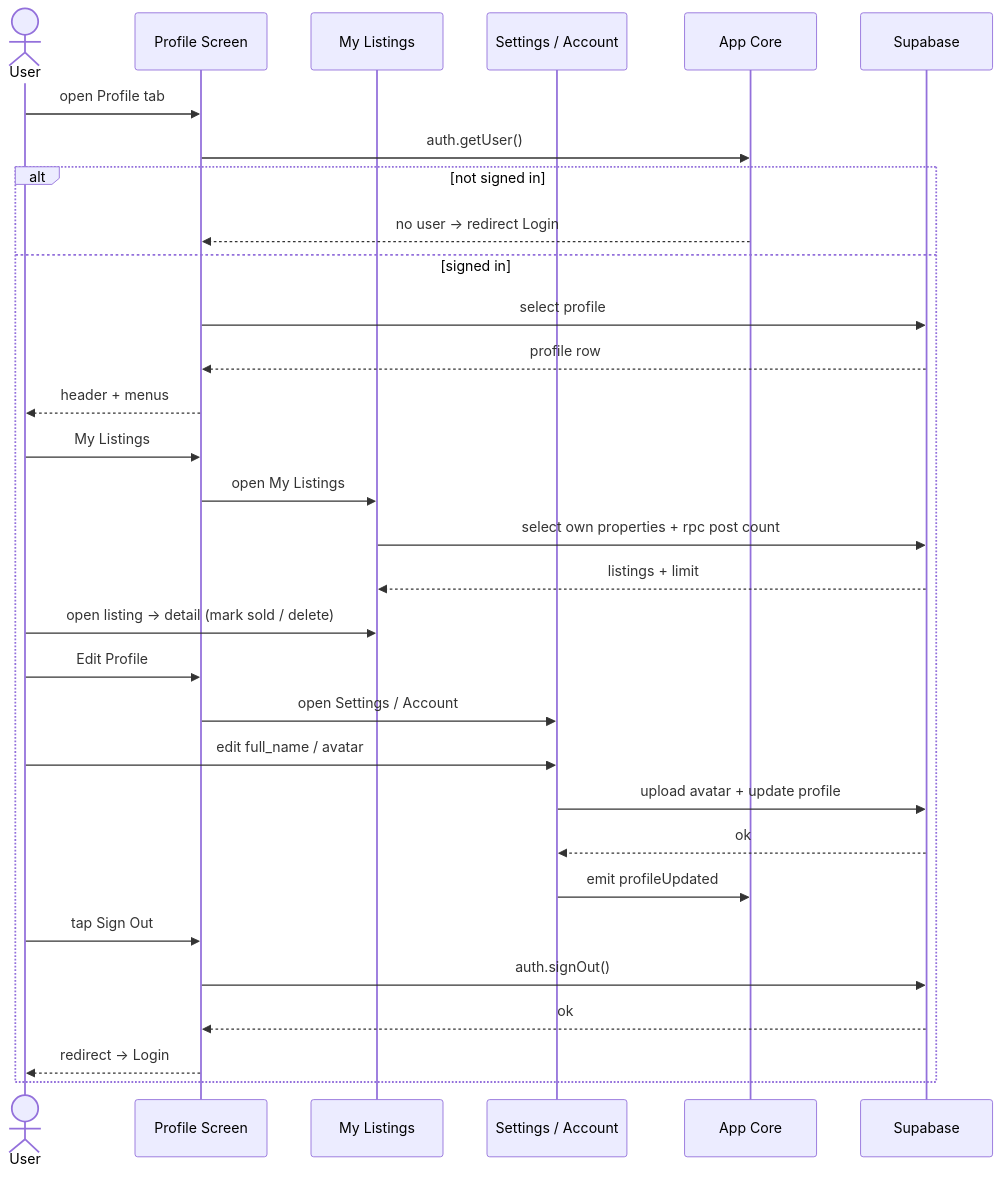
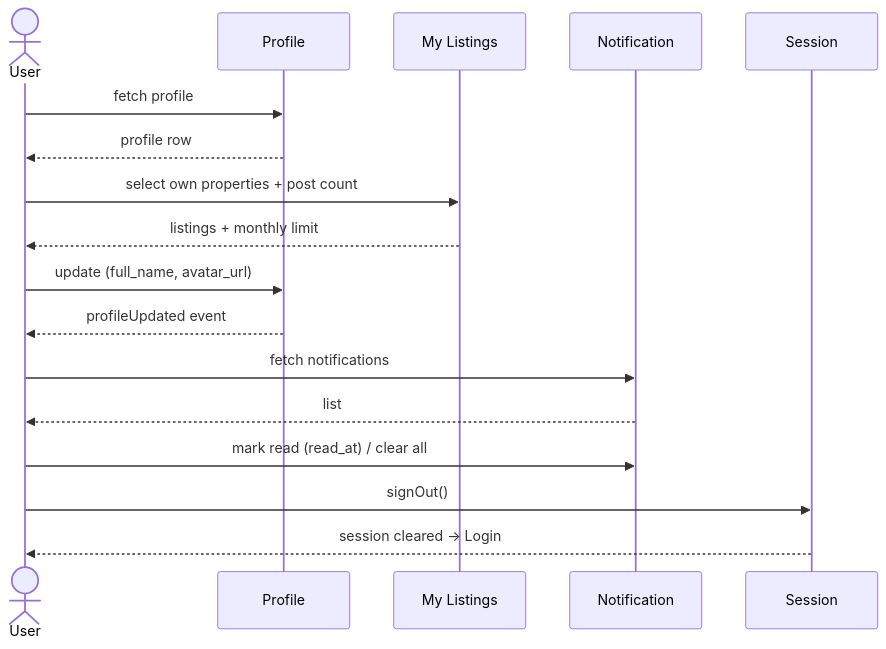
The diagram in docs/diagrams/sequence-profile.mmd (phyothant-dev/nestfinder), drawn with Mermaid before and after one commit. The commit also changed 9 other files, not shown here.

Commit message:
Rewrite class diagram around DB tables and redraw sequence diagrams by use-case domain

```diff
--- a/docs/diagrams/sequence-profile.mmd
+++ b/docs/diagrams/sequence-profile.mmd
@@ -1,32 +1,18 @@
 sequenceDiagram
     actor User
-    participant PR as Profile Screen
-    participant ML as My Listings
-    participant SE as Settings / Account
-    participant CO as App Core
-    participant SU as Supabase
+    participant P as Profile
+    participant L as My Listings
+    participant N as Notification
+    participant S as Session
 
-    User->>PR: open Profile tab
-    PR->>CO: auth.getUser()
-    alt not signed in
-        CO-->>PR: no user → redirect Login
-    else signed in
-        PR->>SU: select profile
-        SU-->>PR: profile row
-        PR-->>User: header + menus
-        User->>PR: My Listings
-        PR->>ML: open My Listings
-        ML->>SU: select own properties + rpc post count
-        SU-->>ML: listings + limit
-        User->>ML: open listing → detail (mark sold / delete)
-        User->>PR: Edit Profile
-        PR->>SE: open Settings / Account
-        User->>SE: edit full_name / avatar
-        SE->>SU: upload avatar + update profile
-        SU-->>SE: ok
-        SE->>CO: emit profileUpdated
-        User->>PR: tap Sign Out
-        PR->>SU: auth.signOut()
-        SU-->>PR: ok
-        PR-->>User: redirect → Login
-    end
+    User->>P: fetch profile
+    P-->>User: profile row
+    User->>L: select own properties + post count
+    L-->>User: listings + monthly limit
+    User->>P: update (full_name, avatar_url)
+    P-->>User: profileUpdated event
+    User->>N: fetch notifications
+    N-->>User: list
+    User->>N: mark read (read_at) / clear all
+    User->>S: signOut()
+    S-->>User: session cleared → Login
```
